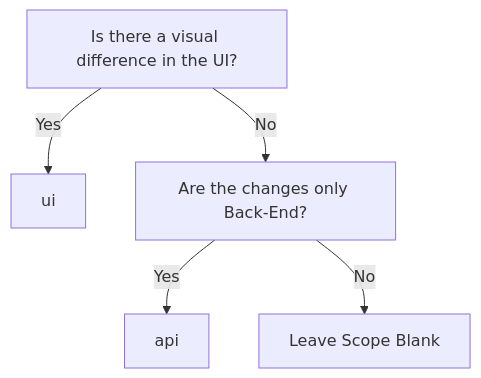
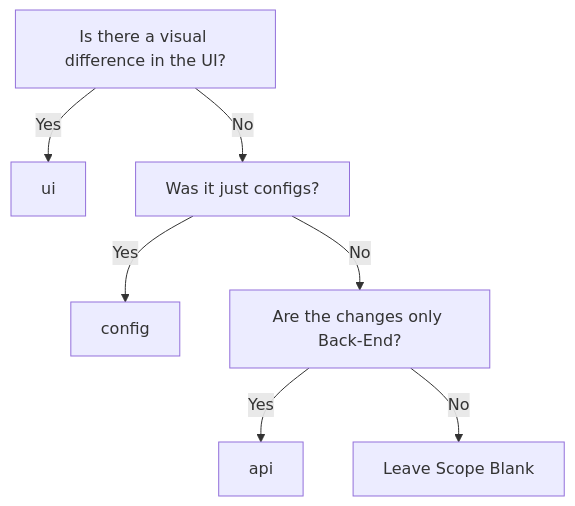
One commit to cuhacking/2025 changed the second of 3 diagrams in apps/hackathon/src/content/docs/contribution-guidelines/conventional-commits.mdx. Above: the diagram before and after it, drawn with Mermaid. The commit also changed other lines of this file, not shown here.

Commit message:
docs(conventional-commits): update commit scope specifications and add examples

````diff
--- a/apps/hackathon/src/content/docs/contribution-guidelines/conventional-commits.mdx
+++ b/apps/hackathon/src/content/docs/contribution-guidelines/conventional-commits.mdx
@@ -59,8 +61,10 @@
 ```mermaid
 flowchart TD
 n1["Is there a visual difference in the UI?"]
 n1 --> |"Yes"| n2["ui"]
-n1 --> |"No"| n3["Are the changes only Back-End?"]
-n3 --> |"Yes"| n4["api"]
-n3 --> |"No"| n5["Leave Scope Blank"]
+n1 --> |"No"| n3["Was it just configs?"]
+n3 --> |"Yes"| n4["config"]
+n3 --> |"No"| n5["Are the changes only Back-End?"]
+n5 --> |"Yes"| n6["api"]
+n5 --> |"No"| n7["Leave Scope Blank"]
 ```
````
